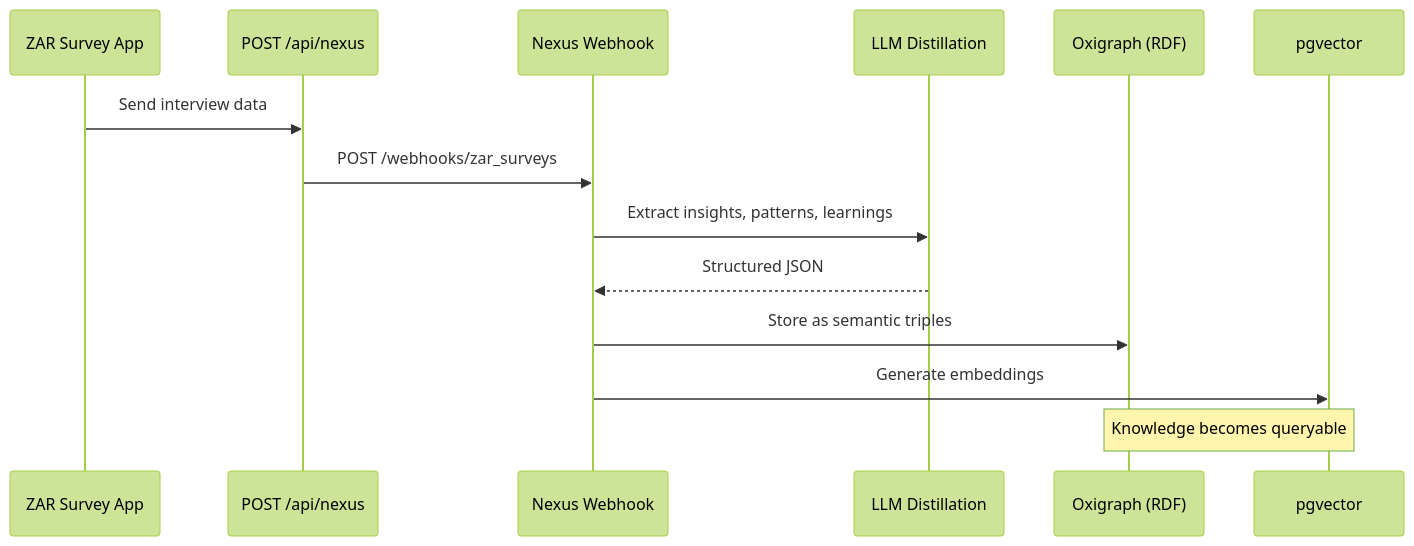
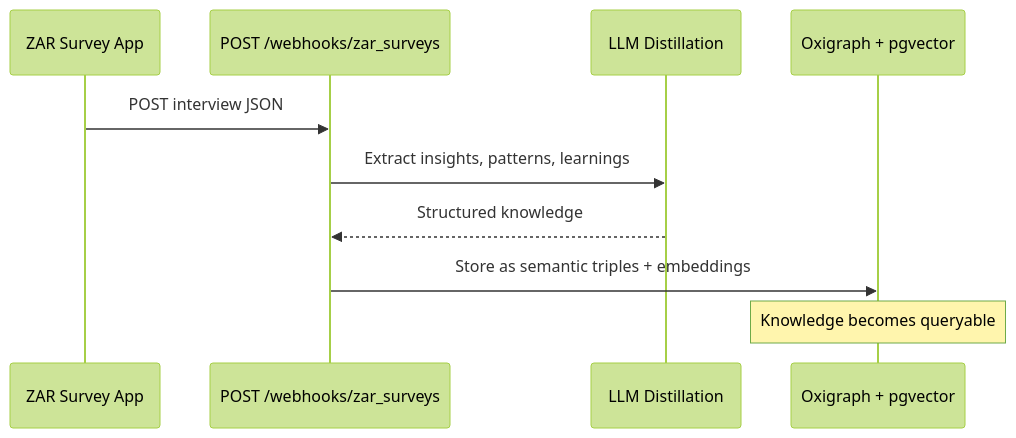
Before and after one commit to saeedjabbar/zar: the third of 3 diagrams in README.md, drawn with Mermaid (forest theme). The commit also changed other lines of this file and 2 other files, not shown here.

First line of the commit message:
Simplify Nexus integration - no API key required

````diff
--- a/README.md
+++ b/README.md
@@ -85,17 +87,13 @@
 ```mermaid
 sequenceDiagram
     participant App as ZAR Survey App
-    participant API as POST /api/nexus
-    participant Nexus as Nexus Webhook
+    participant Nexus as POST /webhooks/zar_surveys
     participant LLM as LLM Distillation
-    participant RDF as Oxigraph (RDF)
-    participant Vec as pgvector
+    participant RDF as Oxigraph + pgvector
 
-    App->>API: Send interview data
-    API->>Nexus: POST /webhooks/zar_surveys
+    App->>Nexus: POST interview JSON
     Nexus->>LLM: Extract insights, patterns, learnings
-    LLM-->>Nexus: Structured JSON
-    Nexus->>RDF: Store as semantic triples
-    Nexus->>Vec: Generate embeddings
-    Note over RDF,Vec: Knowledge becomes queryable
+    LLM-->>Nexus: Structured knowledge
+    Nexus->>RDF: Store as semantic triples + embeddings
+    Note over RDF: Knowledge becomes queryable
 ```
````
